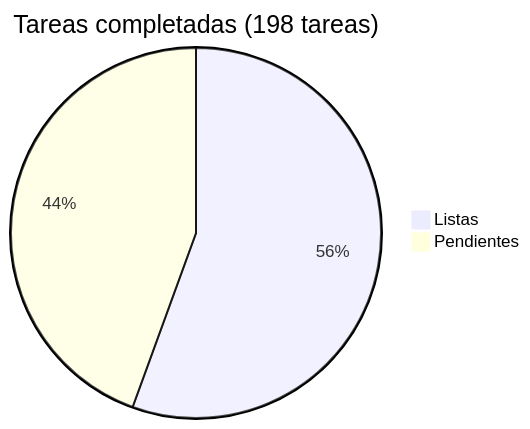
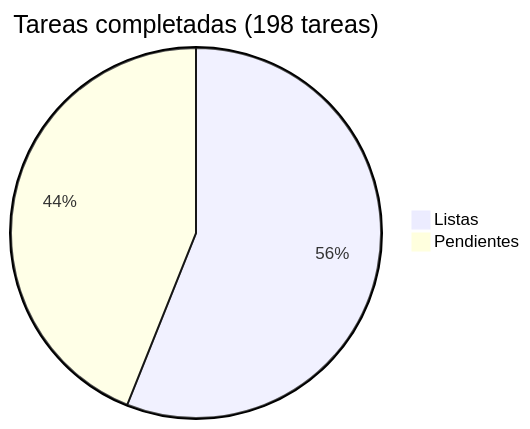
One commit to araguaney-lat/araguaney changed the diagram in docs/roadmap/README.md. Above: the diagram before and after it, drawn with Mermaid. The commit also changed other lines of this file and 6 other files, not shown here.

````diff
--- a/docs/roadmap/README.md
+++ b/docs/roadmap/README.md
@@ -5,5 +5,5 @@
 ```mermaid
 pie title Tareas completadas (198 tareas)
-    "Listas" : 110
-    "Pendientes" : 88
+    "Listas" : 111
+    "Pendientes" : 87
 ```
````
